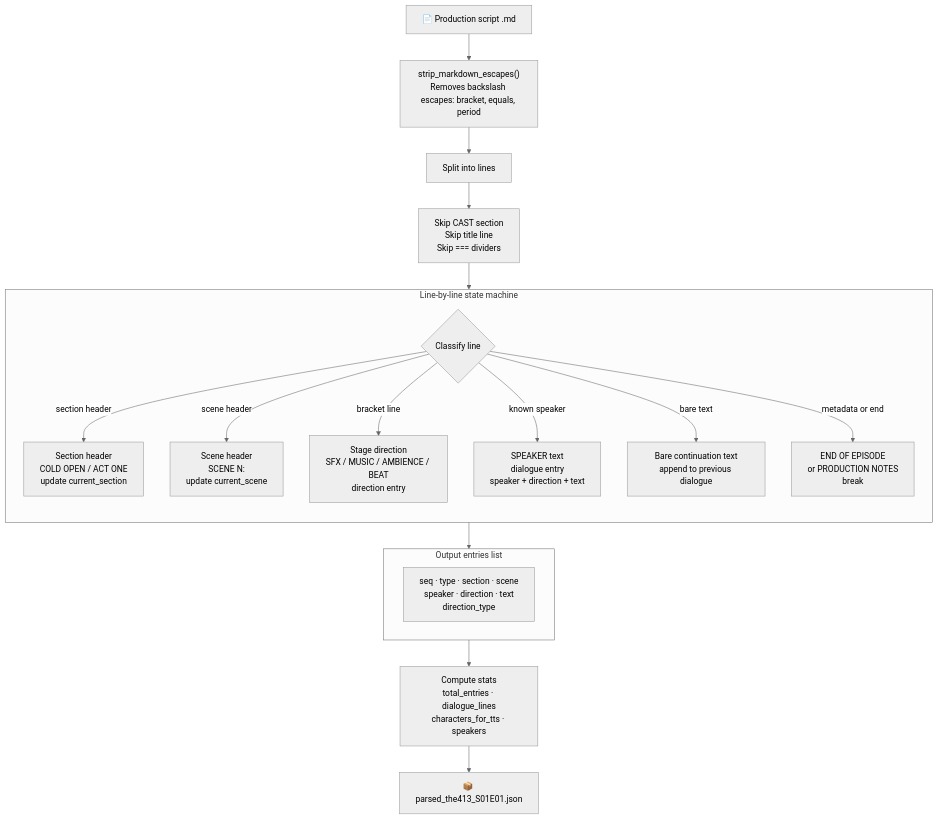
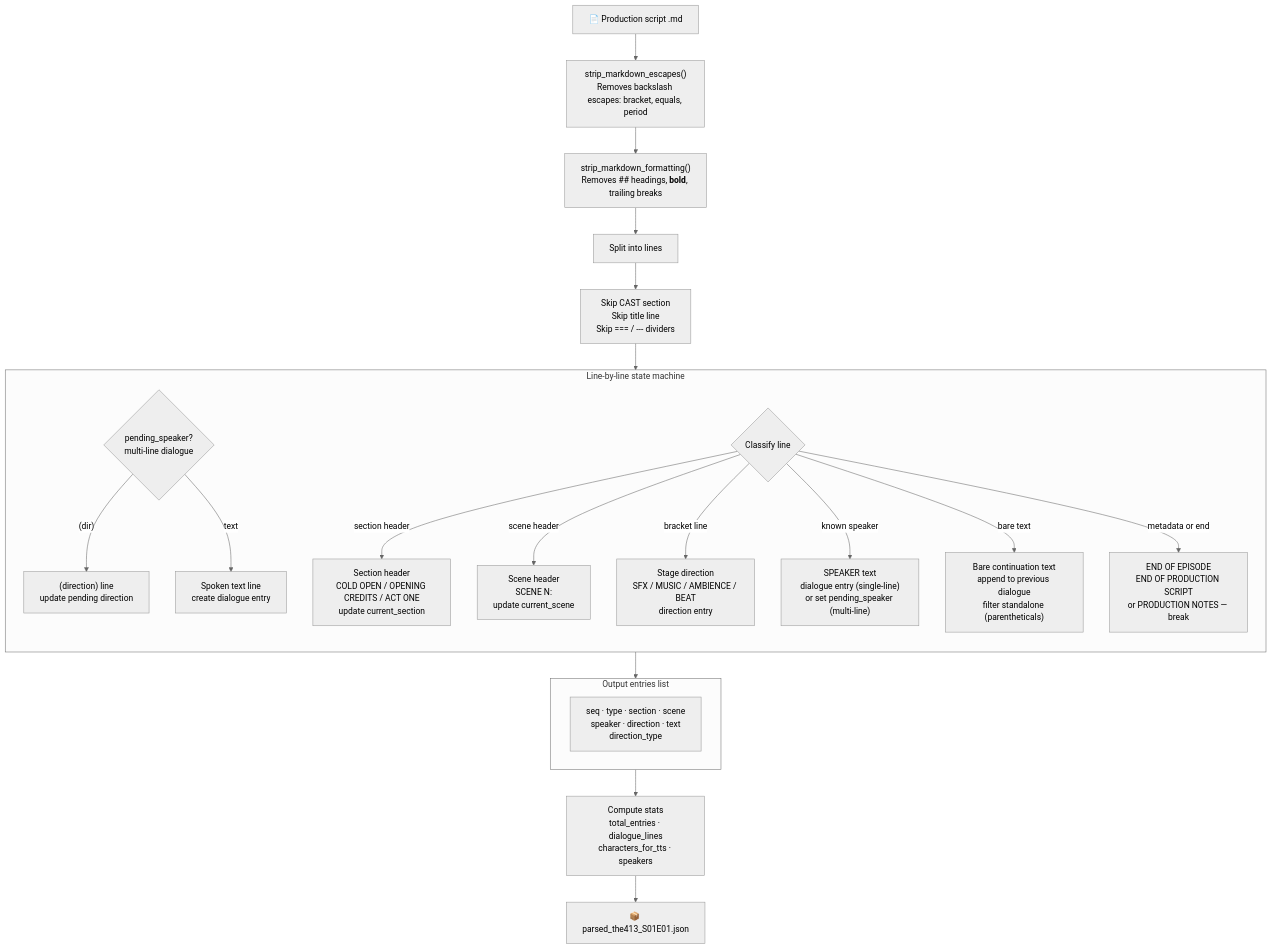
Before and after one commit to tazlin/xil-pipeline: the second of 9 diagrams in docs/pipeline.md, drawn with Mermaid (neutral theme). The commit also changed other lines of this file and 8 other files, not shown here.

````diff
--- a/docs/pipeline.md
+++ b/docs/pipeline.md
@@ -40,56 +73,67 @@
 ```mermaid
 flowchart TD
     IN["📄 Production script .md"]
     ESC["`strip_markdown_escapes()
     Removes backslash escapes: bracket, equals, period`"]
+    FMT["`strip_markdown_formatting()
+    Removes ## headings, **bold**, trailing breaks`"]
     LINES["Split into lines"]
     SKIP["`Skip CAST section
     Skip title line
-    Skip === dividers`"]
+    Skip === / --- dividers`"]
 
     LINES --> SKIP --> LOOP
 
     subgraph LOOP["Line-by-line state machine"]
         direction TB
+        PEND{"`pending_speaker?
+        multi-line dialogue`"}
+        PDIR["`(direction) line
+        update pending direction`"]
+        PTXT["`Spoken text line
+        create dialogue entry`"]
         CHK{"Classify line"}
         SEC["`Section header
-        COLD OPEN / ACT ONE
+        COLD OPEN / OPENING CREDITS / ACT ONE
         update current_section`"]
         SCN["`Scene header
         SCENE N:
         update current_scene`"]
         DIR["`Stage direction
         SFX / MUSIC / AMBIENCE / BEAT
         direction entry`"]
         DLG["`SPEAKER text
-        dialogue entry
-        speaker + direction + text`"]
+        dialogue entry (single-line)
+        or set pending_speaker (multi-line)`"]
         CONT["`Bare continuation text
-        append to previous dialogue`"]
+        append to previous dialogue
+        filter standalone (parentheticals)`"]
         STOP["`END OF EPISODE
-        or PRODUCTION NOTES
-        break`"]
+        END OF PRODUCTION SCRIPT
+        or PRODUCTION NOTES — break`"]
 
+        PEND -->|"(dir)"| PDIR
+        PEND -->|text| PTXT
         CHK -->|section header| SEC
         CHK -->|scene header| SCN
         CHK -->|bracket line| DIR
         CHK -->|known speaker| DLG
         CHK -->|bare text| CONT
         CHK -->|metadata or end| STOP
     end
 
-    IN --> ESC --> LINES
+    IN --> ESC --> FMT --> LINES
     LOOP --> ENTRIES
 
     subgraph ENTRIES["Output entries list"]
         direction LR
         E1["`seq · type · section · scene
         speaker · direction · text
         direction_type`"]
     end
 
     ENTRIES --> STATS["`Compute stats
     total_entries · dialogue_lines
     characters_for_tts · speakers`"]
     STATS --> JSON["📦 parsed_the413_S01E01.json"]
 ```
````
